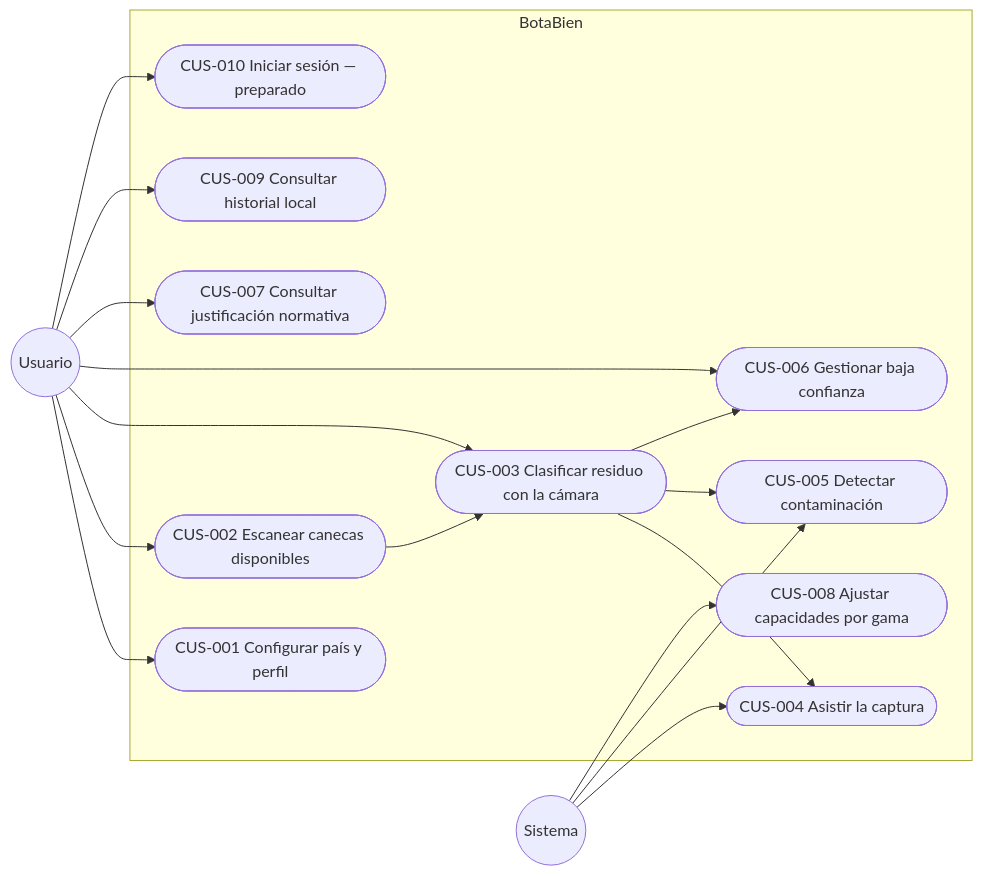
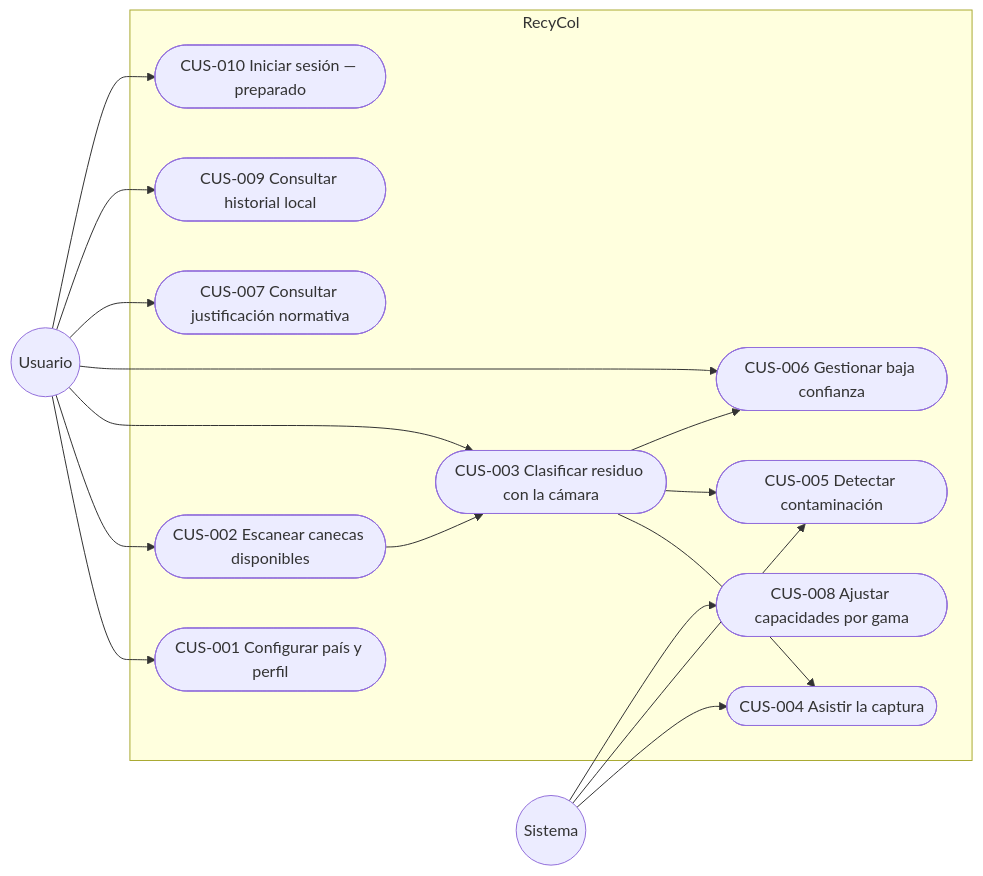
The second of 7 diagrams in docs/arquitectura.md (JuanUrrego146/RecyCol), drawn with Mermaid before and after one commit. The commit also changed other lines of this file and 17 other files, not shown here.

First line of the commit message:
docs: renombrar BotaBien → RecyCol en documentación y scripts

````diff
--- a/docs/arquitectura.md
+++ b/docs/arquitectura.md
@@ -55,33 +55,33 @@
 ```mermaid
 flowchart LR
     U(("Usuario"))
     S(("Sistema"))
 
-    subgraph BotaBien
+    subgraph RecyCol
         UC1(["CUS-001 Configurar país y perfil"])
         UC2(["CUS-002 Escanear canecas disponibles"])
         UC3(["CUS-003 Clasificar residuo con la cámara"])
         UC4(["CUS-004 Asistir la captura"])
         UC5(["CUS-005 Detectar contaminación"])
         UC6(["CUS-006 Gestionar baja confianza"])
         UC7(["CUS-007 Consultar justificación normativa"])
         UC8(["CUS-008 Ajustar capacidades por gama"])
         UC9(["CUS-009 Consultar historial local"])
         UC10(["CUS-010 Iniciar sesión — preparado"])
     end
 
     U --> UC1
     U --> UC2
     U --> UC3
     U --> UC6
     U --> UC7
     U --> UC9
     U --> UC10
     S --> UC4
     S --> UC5
     S --> UC8
     UC3 --> UC4
     UC3 --> UC5
     UC3 --> UC6
     UC2 --> UC3
 ```
````
